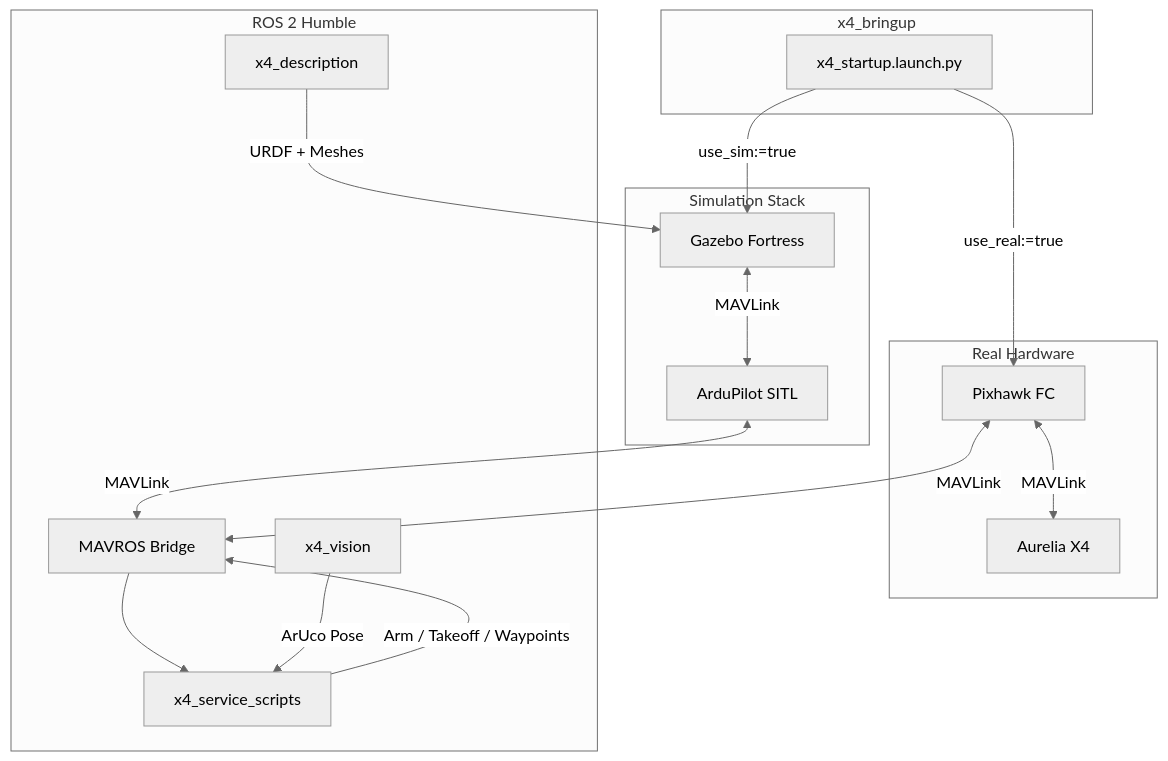
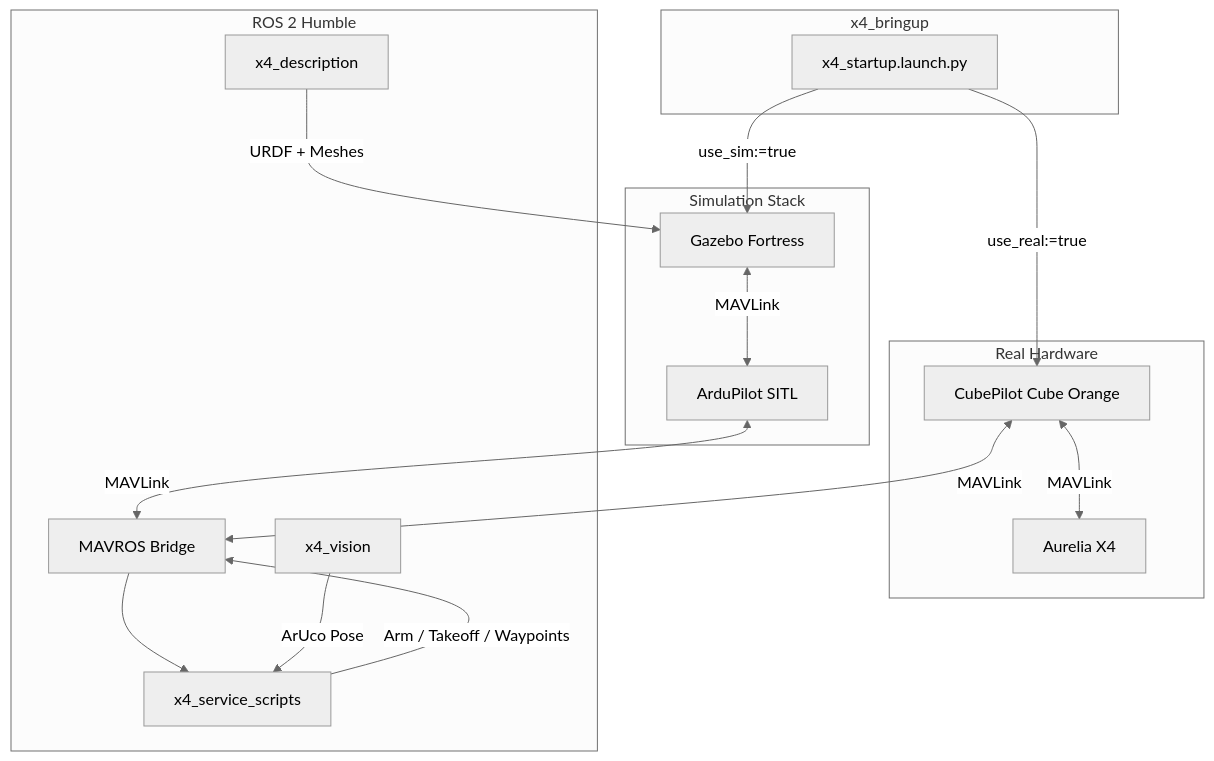
The diagram in _projects/auerlia-x4-uav.md (Seyi-roboticist/seyi-roboticist.github.io), drawn with Mermaid (neutral theme) before and after one commit. The commit also changed other lines of this file, not shown here.

```diff
--- a/_projects/auerlia-x4-uav.md
+++ b/_projects/auerlia-x4-uav.md
@@ -194,34 +198,34 @@
 <pre class="mermaid">
 flowchart TB
     subgraph Launch["x4_bringup"]
         A["x4_startup.launch.py"]
     end
 
     subgraph Sim["Simulation Stack"]
         B["Gazebo Fortress"]
         C["ArduPilot SITL"]
     end
 
     subgraph Hardware["Real Hardware"]
-        D["Pixhawk FC"]
+        D["CubePilot Cube Orange"]
         E["Aurelia X4"]
     end
 
     subgraph ROS2["ROS 2 Humble"]
         F["MAVROS Bridge"]
         G["x4_service_scripts"]
         H["x4_vision"]
         I["x4_description"]
     end
 
     A -->|"use_sim:=true"| B
     A -->|"use_real:=true"| D
     B <-->|"MAVLink"| C
     D <-->|"MAVLink"| E
     C <-->|"MAVLink"| F
     D <-->|"MAVLink"| F
     F --> G
     G -->|"Arm / Takeoff / Waypoints"| F
     H -->|"ArUco Pose"| G
     I -->|"URDF + Meshes"| B
 </pre>
```
